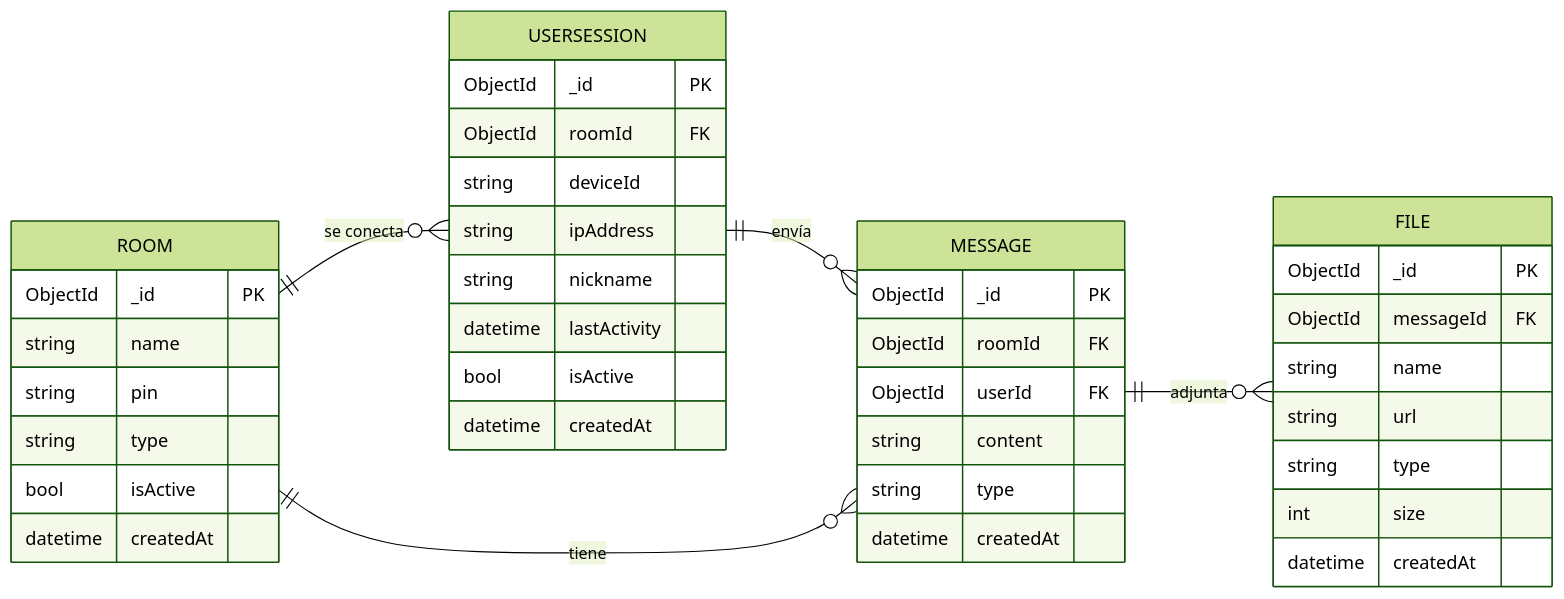
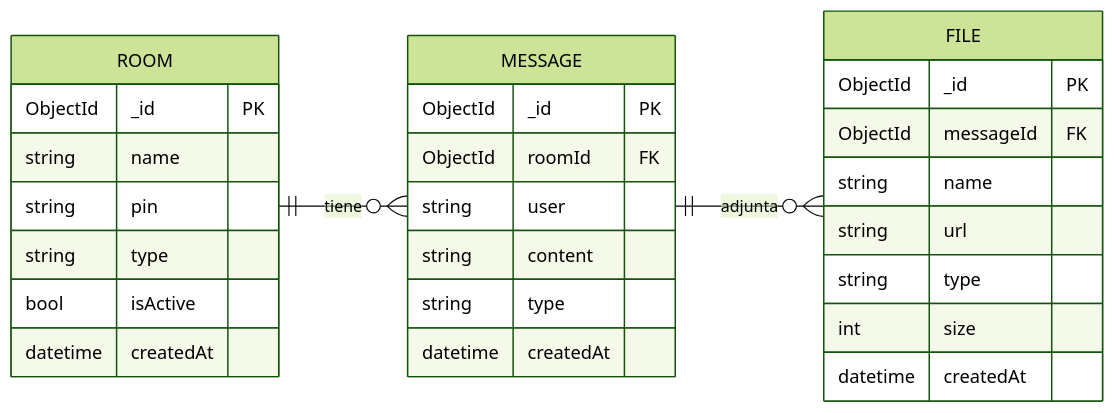
The diagram in docs/datamodel/datamodel.md (JulioViche/realtime-chat-websockets), drawn with Mermaid (forest theme) before and after one commit. The commit also changed other lines of this file and 2 other files, not shown here.

````diff
--- a/docs/datamodel/datamodel.md
+++ b/docs/datamodel/datamodel.md
@@ -60,44 +48,33 @@
 ```mermaid
 erDiagram
 direction LR
 	ROOM {
 		ObjectId _id PK
 		string name
 		string pin
 		string type
 		bool isActive
 		datetime createdAt
 	}
-	USERSESSION {
-		ObjectId _id PK
-		ObjectId roomId FK
-		string deviceId
-		string ipAddress
-		string nickname
-		datetime lastActivity
-		bool isActive
-		datetime createdAt
-	}
+
 	MESSAGE {
 		ObjectId _id PK
 		ObjectId roomId FK
-		ObjectId userId FK
+		string user
 		string content
 		string type
 		datetime createdAt
 	}
 	FILE {
 		ObjectId _id PK
 		ObjectId messageId FK
 		string name
 		string url
 		string type
 		int size
 		datetime createdAt
 	}
 
 	MESSAGE ||--o{ FILE : "adjunta"
-	USERSESSION ||--o{ MESSAGE : "envía"
-	ROOM ||--o{ USERSESSION : "se conecta"
 	ROOM ||--o{ MESSAGE : "tiene"
 ```
````
